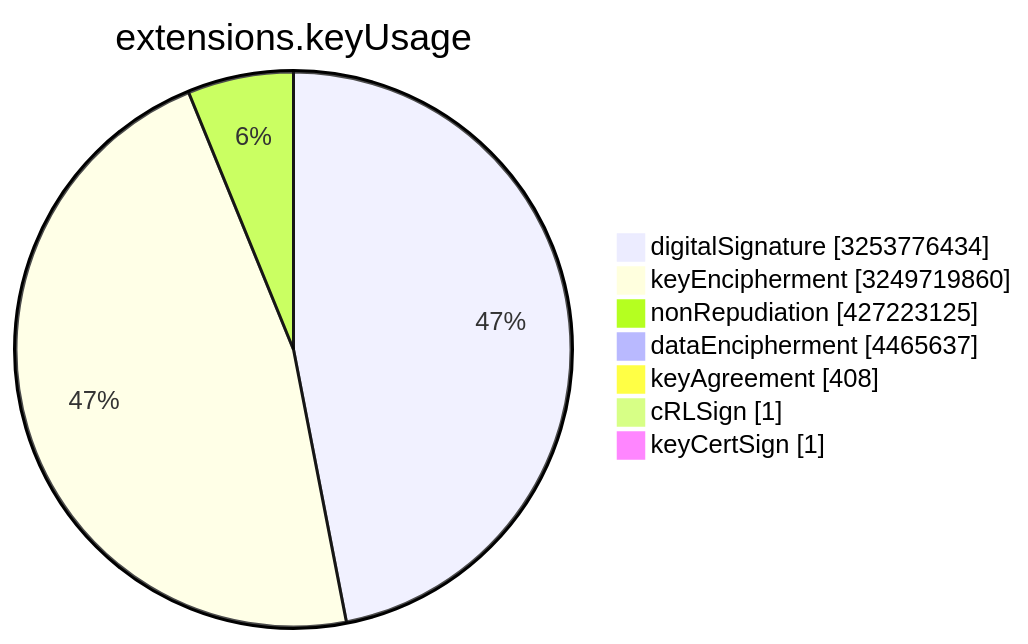
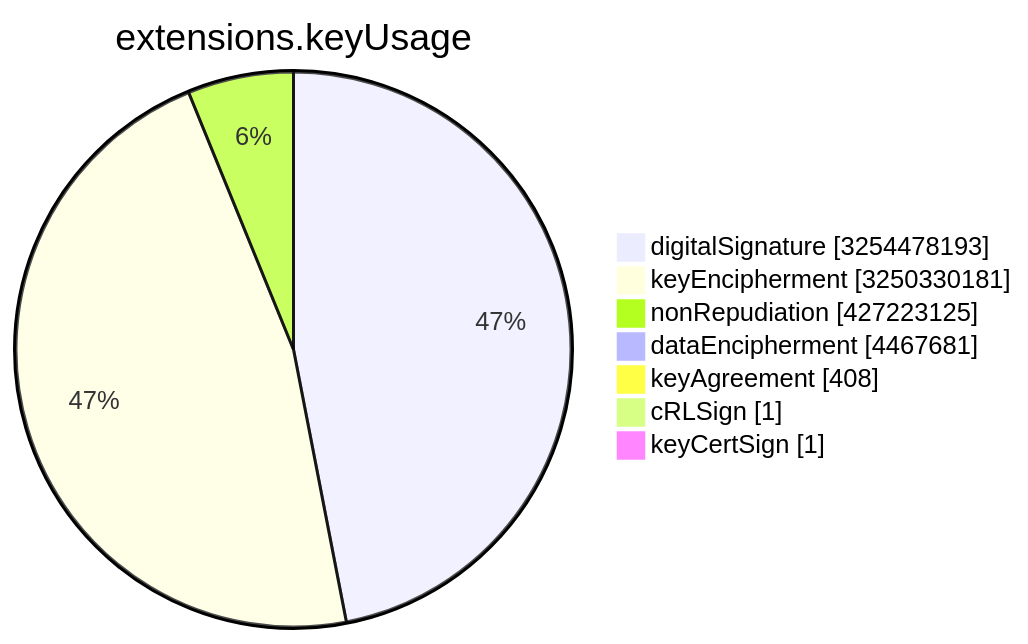
The sixth of 15 diagrams in TOTAL/README.md (christiankrug/ctmonitor_visualization), drawn with Mermaid before and after one commit. The commit also changed other lines of this file, not shown here.

````diff
--- a/TOTAL/README.md
+++ b/TOTAL/README.md
@@ -3078,11 +3078,11 @@
 ```mermaid
 pie showData
 title extensions.keyUsage
-"digitalSignature" :3253776434
-"keyEncipherment" :3249719860
+"digitalSignature" :3254478193
+"keyEncipherment" :3250330181
 "nonRepudiation" :427223125
-"dataEncipherment" :4465637
+"dataEncipherment" :4467681
 "keyAgreement" :408
 "cRLSign" :1
 "keyCertSign" :1
 ```
````
